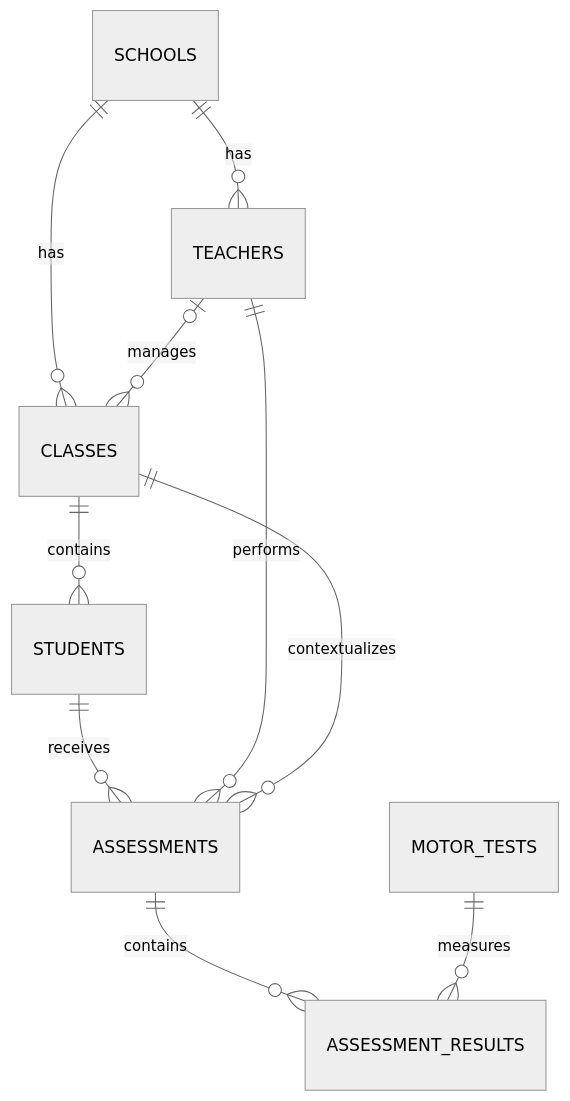
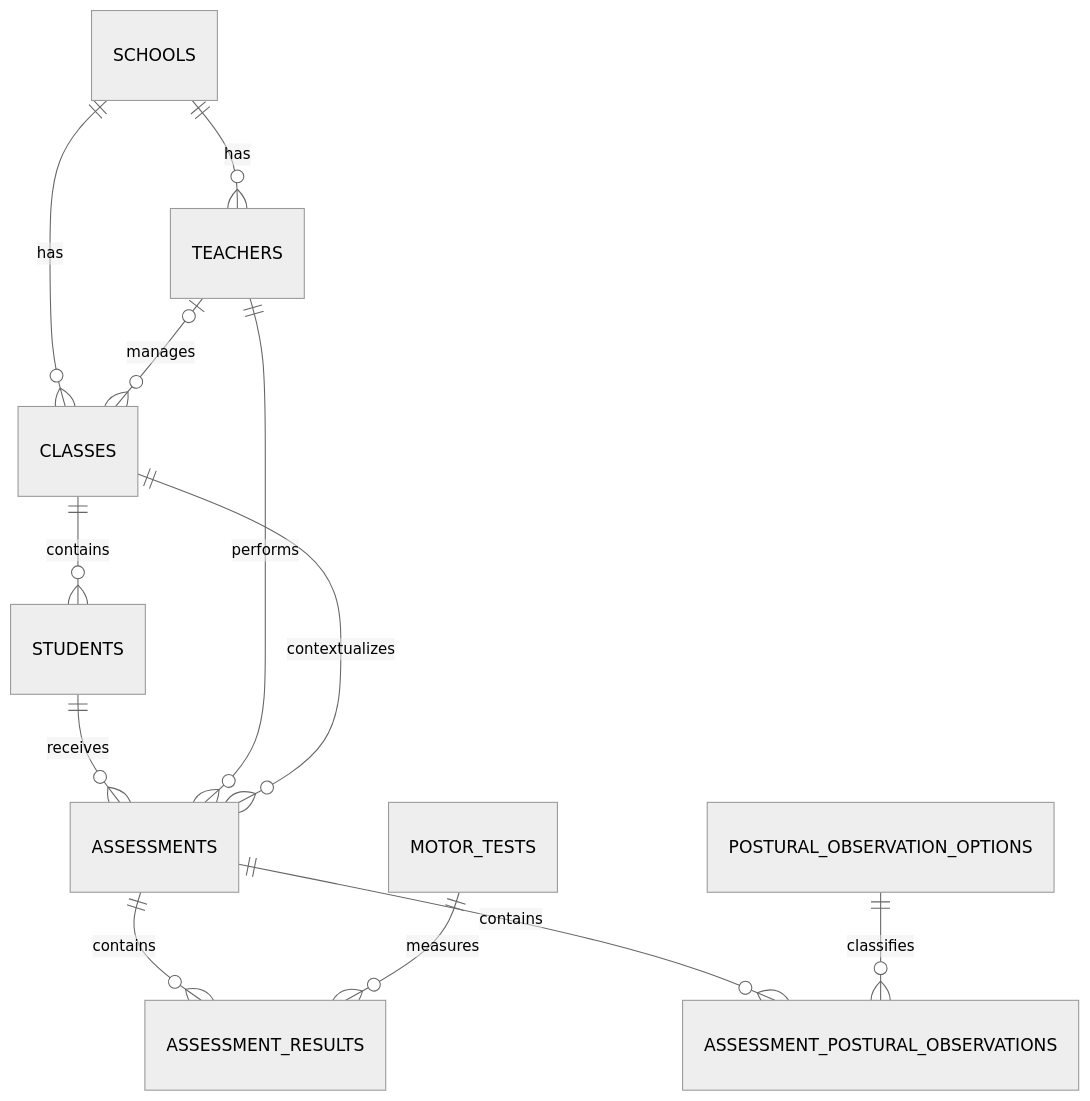
The diagram in docs/database.md (oliveiragiovans/EduMove), drawn with Mermaid (neutral theme) before and after one commit. The commit also changed other lines of this file and 31 other files, not shown here.

Commit message:
feat(backend): add motor results and postural assessments

````diff
--- a/docs/database.md
+++ b/docs/database.md
@@ -197,12 +246,14 @@
 ```mermaid
 erDiagram
     SCHOOLS ||--o{ TEACHERS : has
     SCHOOLS ||--o{ CLASSES : has
     TEACHERS o|--o{ CLASSES : manages
     CLASSES ||--o{ STUDENTS : contains
     STUDENTS ||--o{ ASSESSMENTS : receives
     TEACHERS ||--o{ ASSESSMENTS : performs
     CLASSES ||--o{ ASSESSMENTS : contextualizes
     ASSESSMENTS ||--o{ ASSESSMENT_RESULTS : contains
     MOTOR_TESTS ||--o{ ASSESSMENT_RESULTS : measures
+    ASSESSMENTS ||--o{ ASSESSMENT_POSTURAL_OBSERVATIONS : contains
+    POSTURAL_OBSERVATION_OPTIONS ||--o{ ASSESSMENT_POSTURAL_OBSERVATIONS : classifies
 ```
````
